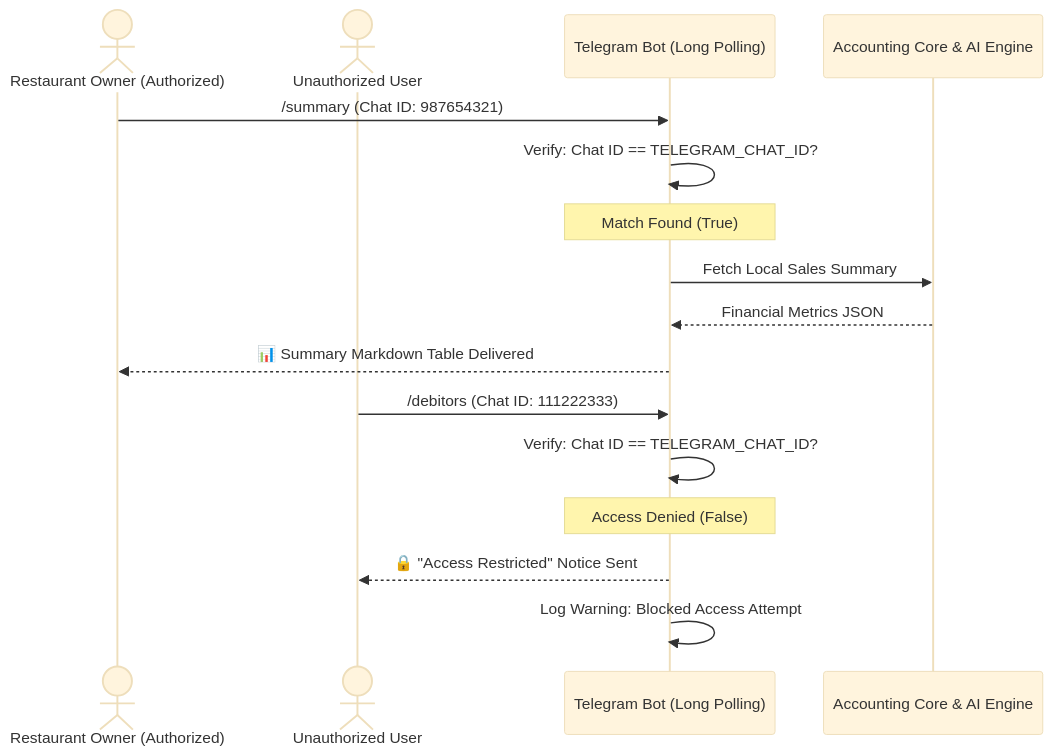
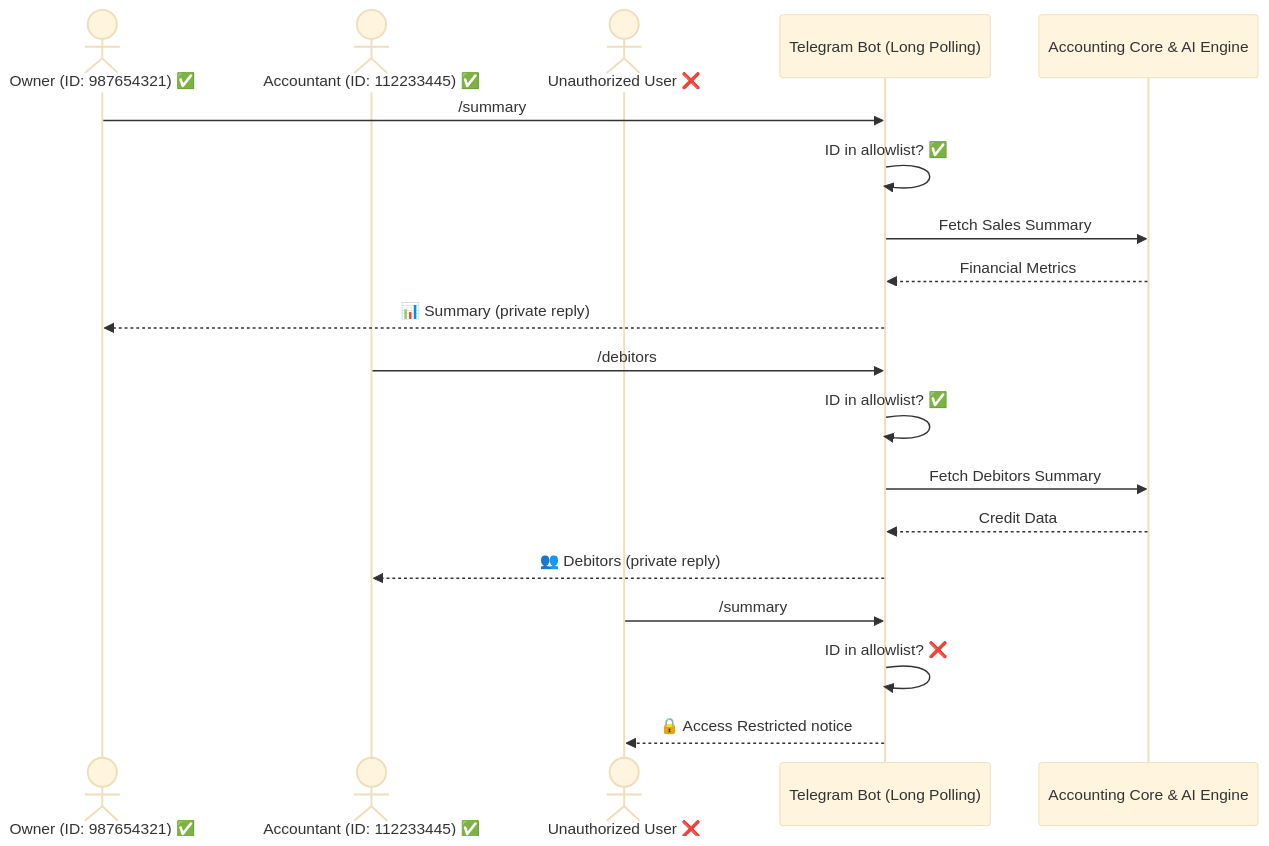
Before and after one commit to ramsaoji/Ai-Accounting-Automation: the diagram in docs/telegram_bot_integration.md, drawn with Mermaid (base theme). The commit also changed other lines of this file and 39 other files, not shown here.

````diff
--- a/docs/telegram_bot_integration.md
+++ b/docs/telegram_bot_integration.md
@@ -65,20 +91,24 @@
 ```mermaid
 sequenceDiagram
-    actor Owner as Restaurant Owner (Authorized)
-    actor Attacker as Unauthorized User
+    actor Owner as Owner (ID: 987654321) ✅
+    actor Acct as Accountant (ID: 112233445) ✅
+    actor Attacker as Unauthorized User ❌
     participant Bot as Telegram Bot (Long Polling)
     participant Core as Accounting Core & AI Engine
 
-    Owner->>Bot: /summary (Chat ID: 987654321)
-    Bot->>Bot: Verify: Chat ID == TELEGRAM_CHAT_ID?
-    Note over Bot: Match Found (True)
-    Bot->>Core: Fetch Local Sales Summary
-    Core-->>Bot: Financial Metrics JSON
-    Bot-->>Owner: 📊 Summary Markdown Table Delivered
+    Owner->>Bot: /summary
+    Bot->>Bot: ID in allowlist? ✅
+    Bot->>Core: Fetch Sales Summary
+    Core-->>Bot: Financial Metrics
+    Bot-->>Owner: 📊 Summary (private reply)
 
-    Attacker->>Bot: /debitors (Chat ID: 111222333)
-    Bot->>Bot: Verify: Chat ID == TELEGRAM_CHAT_ID?
-    Note over Bot: Access Denied (False)
-    Bot-->>Attacker: 🔒 "Access Restricted" Notice Sent
-    Bot->>Bot: Log Warning: Blocked Access Attempt
+    Acct->>Bot: /debitors
+    Bot->>Bot: ID in allowlist? ✅
+    Bot->>Core: Fetch Debitors Summary
+    Core-->>Bot: Credit Data
+    Bot-->>Acct: 👥 Debitors (private reply)
+
+    Attacker->>Bot: /summary
+    Bot->>Bot: ID in allowlist? ❌
+    Bot-->>Attacker: 🔒 Access Restricted notice
 ```
````
